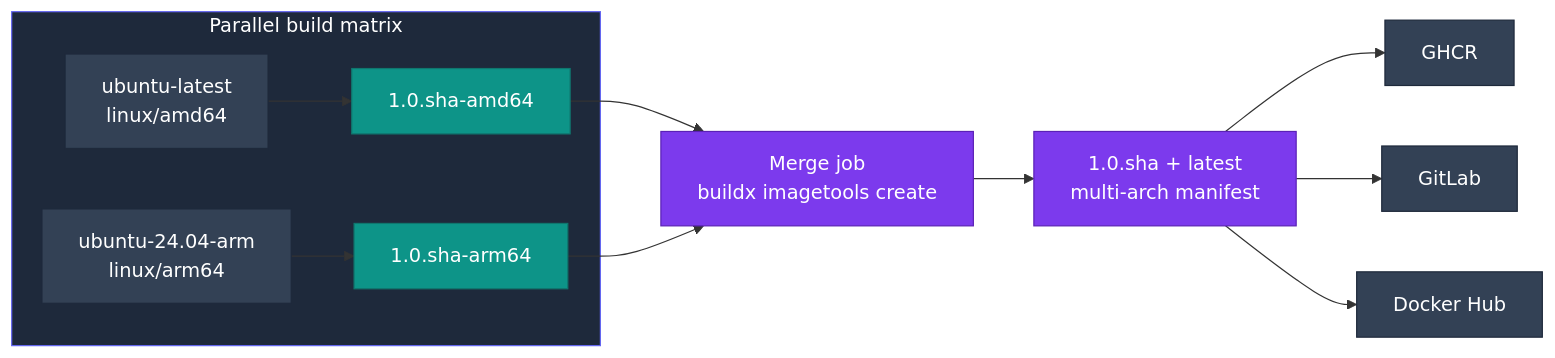
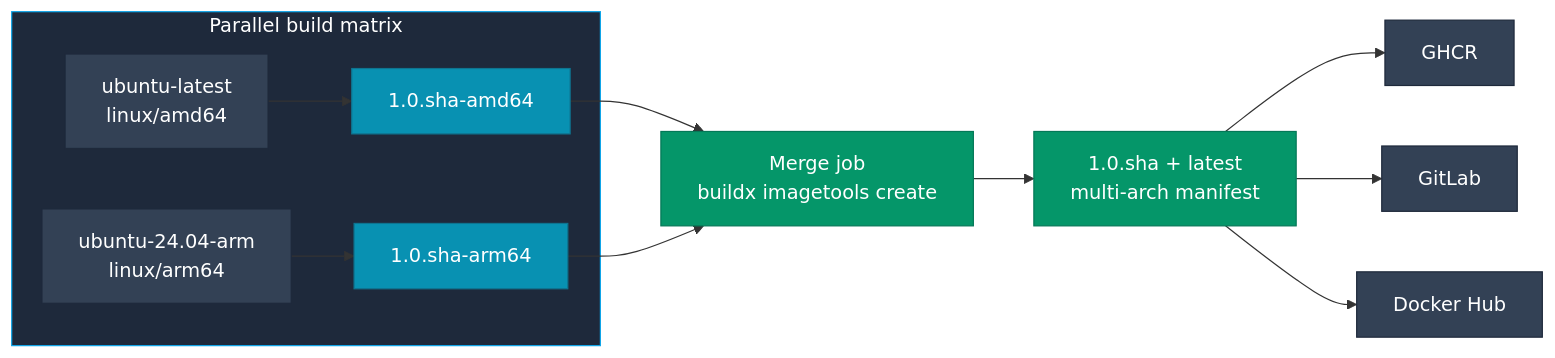
One commit to jinalshah/devops-images changed the diagram in docs/build-images/multi-platform-images.md. Above: the diagram before and after it, drawn with Mermaid. The commit also changed 29 other files, not shown here.

````diff
--- a/docs/build-images/multi-platform-images.md
+++ b/docs/build-images/multi-platform-images.md
@@ -13,22 +13,22 @@
 ```mermaid
 flowchart LR
   subgraph matrix["Parallel build matrix"]
     X["ubuntu-latest<br/>linux/amd64"] --> XT["1.0.sha-amd64"]
     Y["ubuntu-24.04-arm<br/>linux/arm64"] --> YT["1.0.sha-arm64"]
   end
   XT --> M["Merge job<br/>buildx imagetools create"]
   YT --> M
   M --> T["1.0.sha + latest<br/>multi-arch manifest"]
   T --> R1["GHCR"]
   T --> R2["GitLab"]
   T --> R3["Docker Hub"]
 
   classDef neutral fill:#334155,stroke:#1e293b,color:#fff
-  classDef base fill:#0d9488,stroke:#0f766e,color:#fff
-  classDef all fill:#7c3aed,stroke:#5b21b6,color:#fff
+  classDef base fill:#0891b2,stroke:#0e7490,color:#fff
+  classDef all fill:#059669,stroke:#047857,color:#fff
   class X,Y neutral
   class XT,YT base
   class M,T all
   class R1,R2,R3 neutral
-  style matrix fill:#1e293b,stroke:#6366f1,color:#fff
+  style matrix fill:#1e293b,stroke:#0ea5e9,color:#fff
 ```
````
